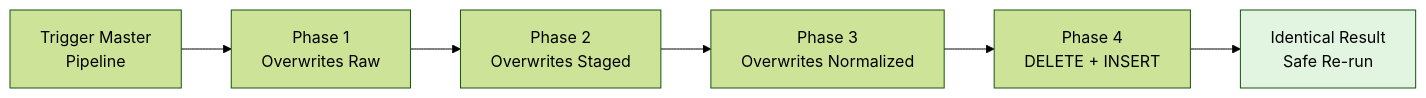
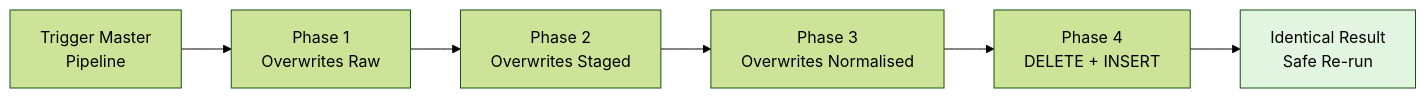
One commit to WazirRohiman/cct-sensors-batch-pipeline changed the eighth of 10 diagrams in docs/FAULT_TOLERANCE_LOGGING.md. Above: the diagram before and after it, drawn with Mermaid (forest theme). The commit also changed 8 other files, not shown here.

````diff
--- a/docs/FAULT_TOLERANCE_LOGGING.md
+++ b/docs/FAULT_TOLERANCE_LOGGING.md
@@ -303,10 +303,10 @@
 ```mermaid
 flowchart LR
     RERUN[Trigger Master<br/>Pipeline] --> PHASE1[Phase 1<br/>Overwrites Raw]
     PHASE1 --> PHASE2[Phase 2<br/>Overwrites Staged]
-    PHASE2 --> PHASE3[Phase 3<br/>Overwrites Normalized]
+    PHASE2 --> PHASE3[Phase 3<br/>Overwrites Normalised]
     PHASE3 --> PHASE4[Phase 4<br/>DELETE + INSERT]
     PHASE4 --> SAME[Identical Result<br/>Safe Re-run]
 
     style SAME fill:#e1f5e1
 ```
````
